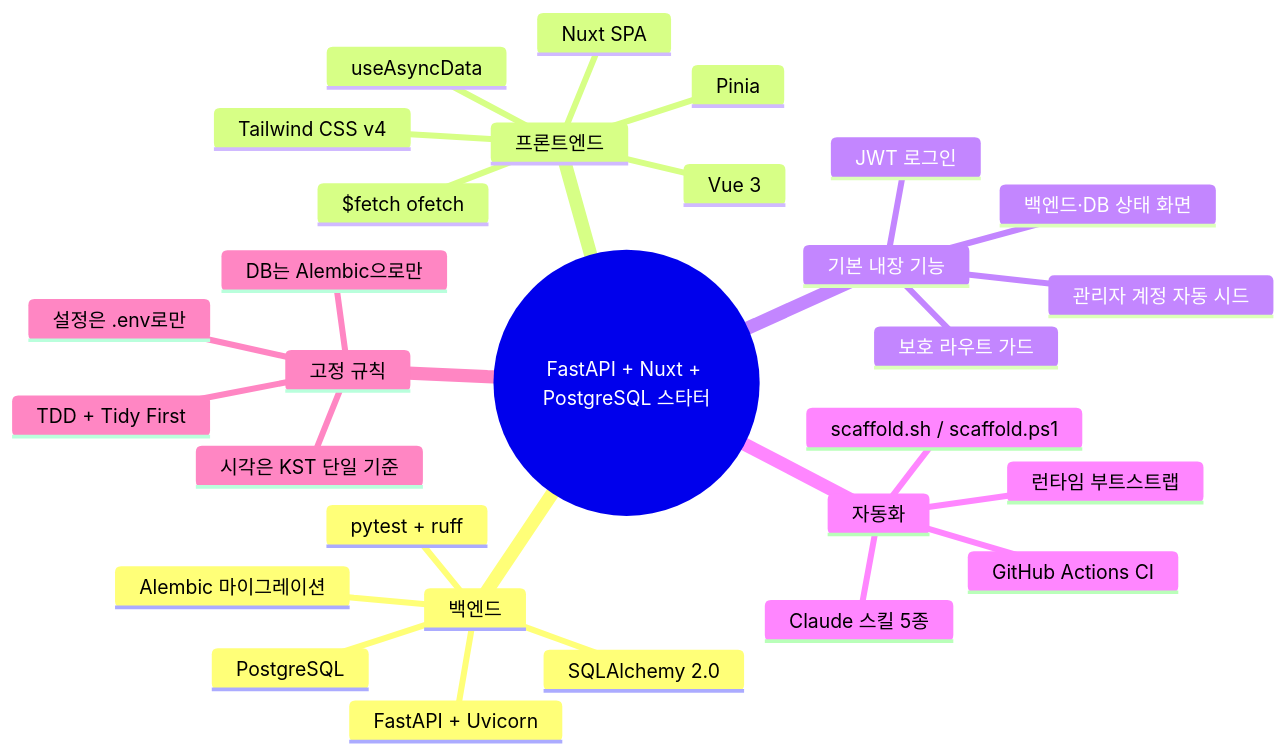
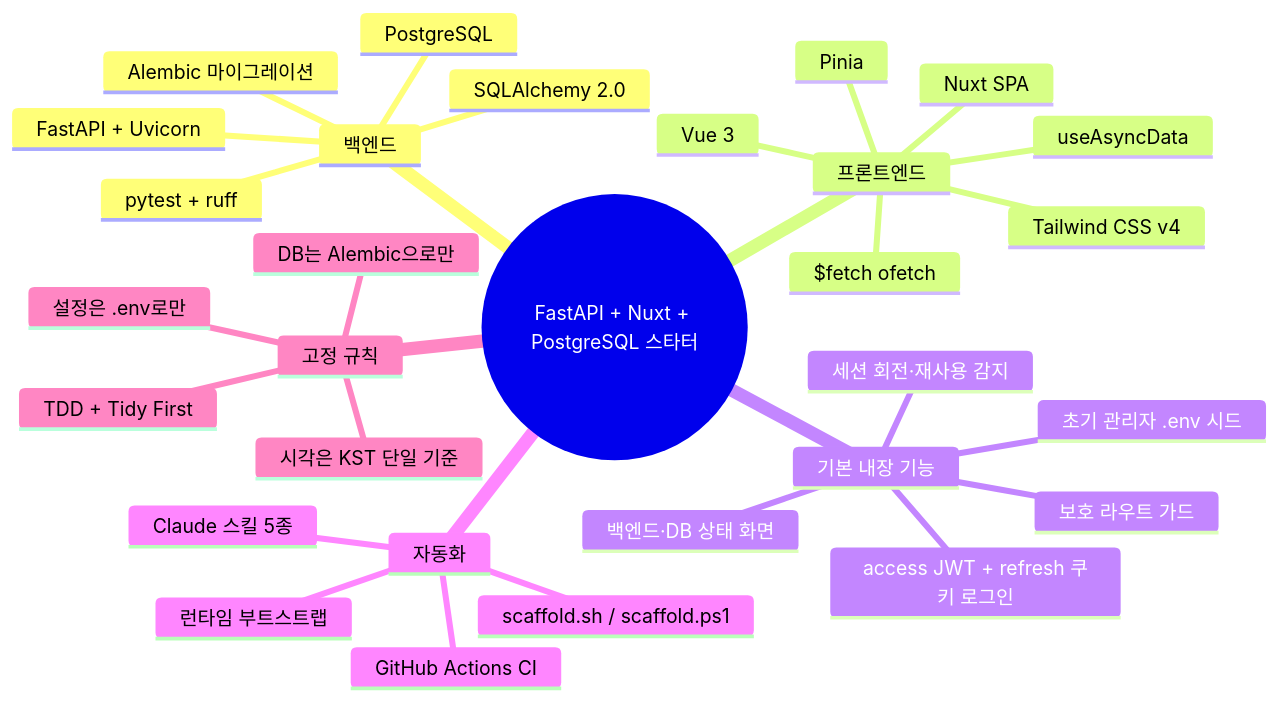
The first of 4 diagrams in README.md (al8bright/fastapi-nuxt-pg-starter), drawn with Mermaid before and after one commit. The commit also changed other lines of this file and 32 other files, not shown here.

````diff
--- a/README.md
+++ b/README.md
@@ -27,32 +27,33 @@
 ```mermaid
 mindmap
   root((FastAPI + Nuxt + PostgreSQL 스타터))
     백엔드
       FastAPI + Uvicorn
       SQLAlchemy 2.0
       Alembic 마이그레이션
       pytest + ruff
       PostgreSQL
     프론트엔드
       Nuxt SPA
       Vue 3
       Pinia
       useAsyncData
       $fetch ofetch
       Tailwind CSS v4
     기본 내장 기능
-      JWT 로그인
-      관리자 계정 자동 시드
+      access JWT + refresh 쿠키 로그인
+      세션 회전·재사용 감지
+      초기 관리자 .env 시드
       보호 라우트 가드
       백엔드·DB 상태 화면
     자동화
       scaffold.sh / scaffold.ps1
       런타임 부트스트랩
       GitHub Actions CI
       Claude 스킬 5종
     고정 규칙
       DB는 Alembic으로만
       설정은 .env로만
       시각은 KST 단일 기준
       TDD + Tidy First
 ```
````
